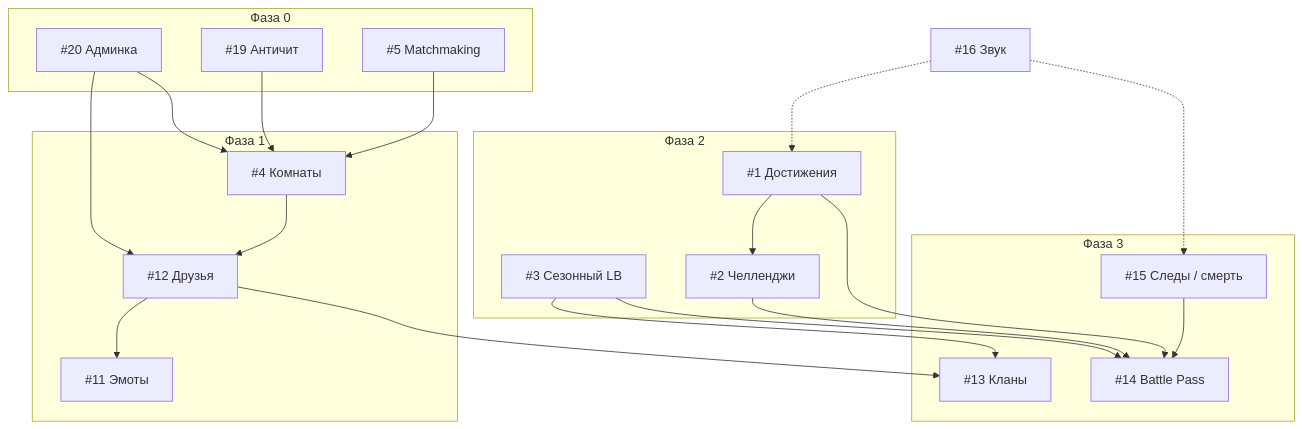
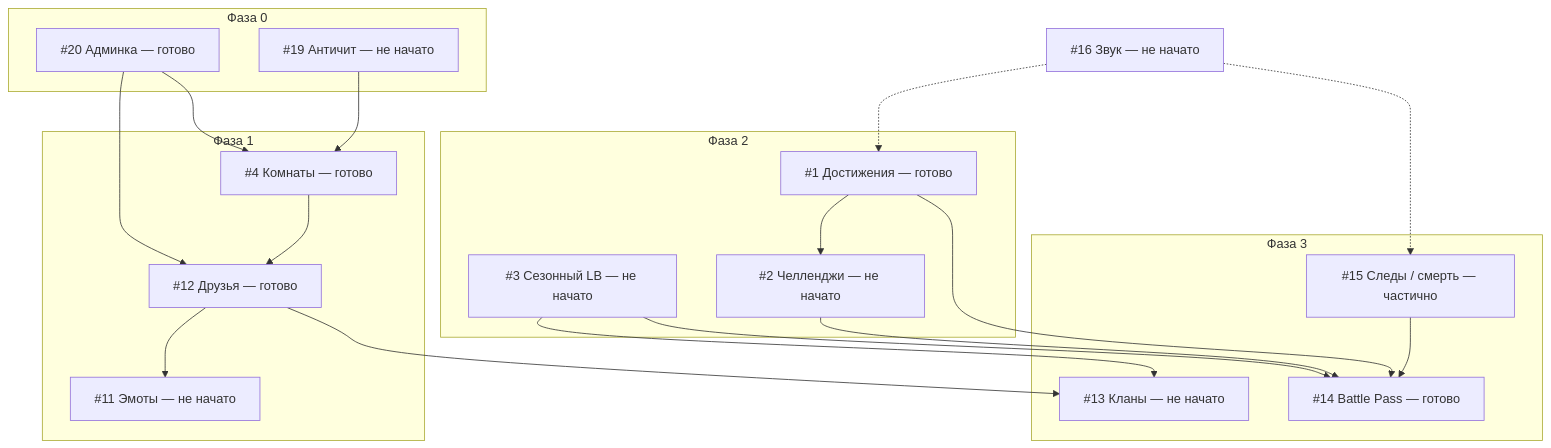
One commit to KaVoshnik/MultiplayerUltimateSnakeAttack changed the diagram in Roadmap.md. Above: the diagram before and after it, drawn with Mermaid. The commit also changed other lines of this file and 2 other files, not shown here.

Commit message:
feat: update roadmap with status and new features; add tests for game sync and room functionality

````diff
--- a/Roadmap.md
+++ b/Roadmap.md
@@ -27,43 +29,41 @@
 ```mermaid
 flowchart TD
   subgraph phase0 [Фаза 0]
-    A19[#19 Античит]
-    A20[#20 Админка]
-    A5[#5 Matchmaking]
+    A19[#19 Античит — не начато]
+    A20[#20 Админка — готово]
   end
 
   subgraph phase1 [Фаза 1]
-    A4[#4 Комнаты]
-    A12[#12 Друзья]
-    A11[#11 Эмоты]
+    A4[#4 Комнаты — готово]
+    A12[#12 Друзья — готово]
+    A11[#11 Эмоты — не начато]
   end
 
   subgraph phase2 [Фаза 2]
-    A1[#1 Достижения]
-    A2[#2 Челленджи]
-    A3[#3 Сезонный LB]
+    A1[#1 Достижения — готово]
+    A2[#2 Челленджи — не начато]
+    A3[#3 Сезонный LB — не начато]
   end
 
   subgraph phase3 [Фаза 3]
-    A13[#13 Кланы]
-    A14[#14 Battle Pass]
-    A15[#15 Следы / смерть]
+    A13[#13 Кланы — не начато]
+    A14[#14 Battle Pass — готово]
+    A15[#15 Следы / смерть — частично]
   end
 
   A20 --> A4
   A20 --> A12
   A19 --> A4
-  A5 --> A4
   A4 --> A12
   A12 --> A11
   A1 --> A2
   A3 --> A14
   A2 --> A14
   A1 --> A14
   A12 --> A13
   A3 --> A13
   A15 --> A14
-  A16[#16 Звук]
+  A16[#16 Звук — не начато]
   A16 -.-> A1
   A16 -.-> A15
 ```
````
